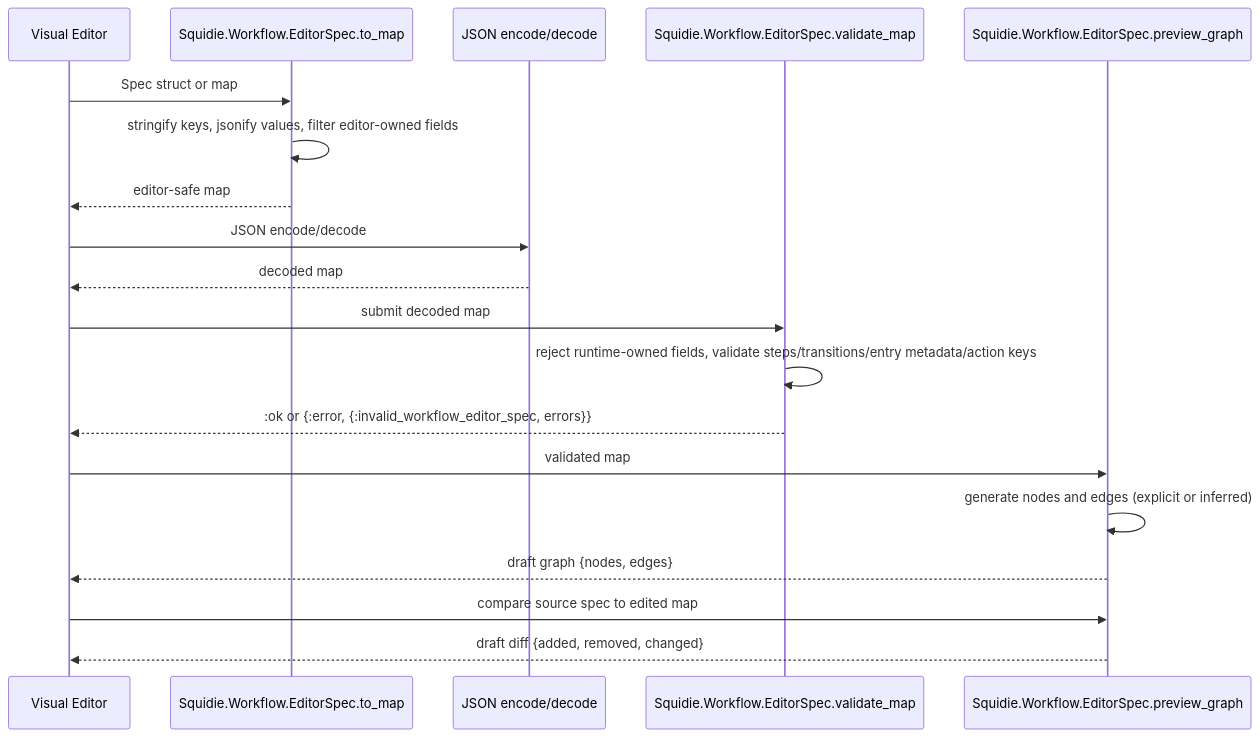
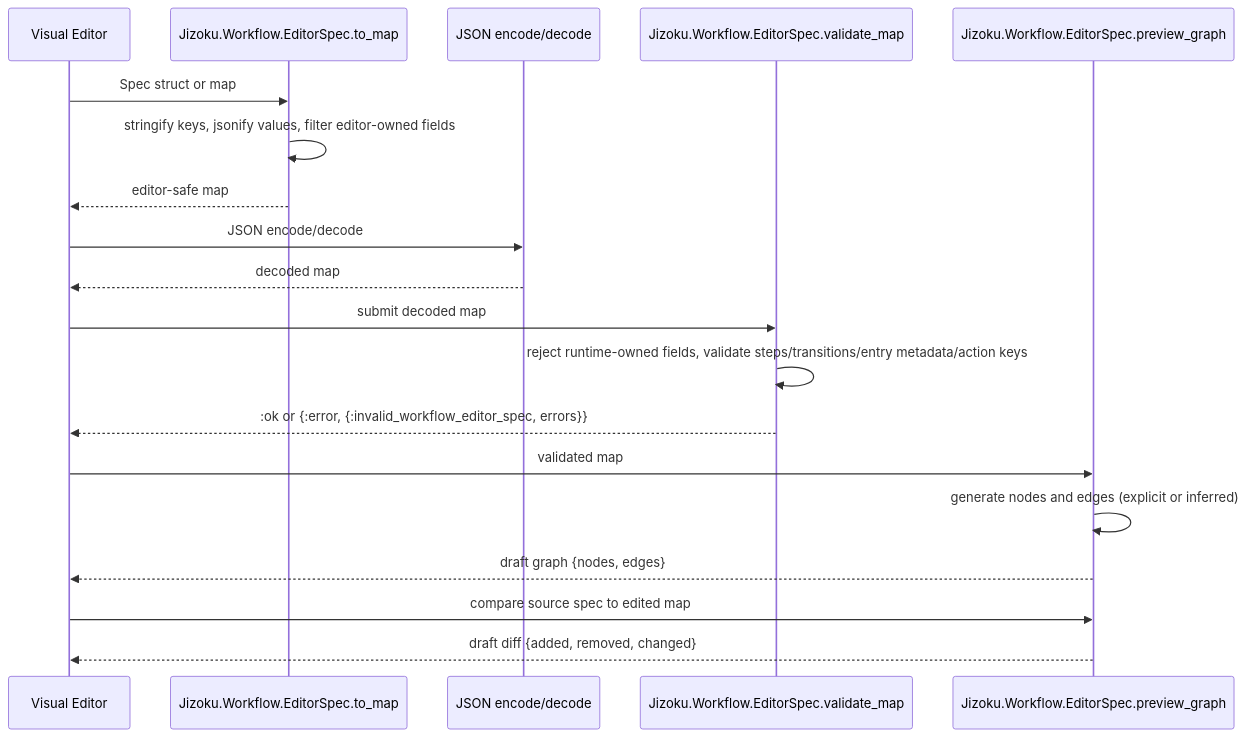
Before and after one commit to agentjido/jizoku: the diagram in docs/workflow_authoring.md, drawn with Mermaid. The commit also changed other lines of this file and 45 other files, not shown here.

````diff
--- a/docs/workflow_authoring.md
+++ b/docs/workflow_authoring.md
@@ -184,21 +184,21 @@
 ```mermaid
 sequenceDiagram
   participant Editor as Visual Editor
-  participant ToMap as Squidie.Workflow.EditorSpec.to_map
+  participant ToMap as Jizoku.Workflow.EditorSpec.to_map
   participant JSON as JSON encode/decode
-  participant Validate as Squidie.Workflow.EditorSpec.validate_map
-  participant Preview as Squidie.Workflow.EditorSpec.preview_graph
+  participant Validate as Jizoku.Workflow.EditorSpec.validate_map
+  participant Preview as Jizoku.Workflow.EditorSpec.preview_graph
   Editor->>ToMap: Spec struct or map
   ToMap->>ToMap: stringify keys, jsonify values, filter editor-owned fields
   ToMap-->>Editor: editor-safe map
   Editor->>JSON: JSON encode/decode
   JSON-->>Editor: decoded map
   Editor->>Validate: submit decoded map
   Validate->>Validate: reject runtime-owned fields, validate steps/transitions/entry metadata/action keys
   Validate-->>Editor: :ok or {:error, {:invalid_workflow_editor_spec, errors}}
   Editor->>Preview: validated map
   Preview->>Preview: generate nodes and edges (explicit or inferred)
   Preview-->>Editor: draft graph {nodes, edges}
   Editor->>Preview: compare source spec to edited map
   Preview-->>Editor: draft diff {added, removed, changed}
 ```
````
